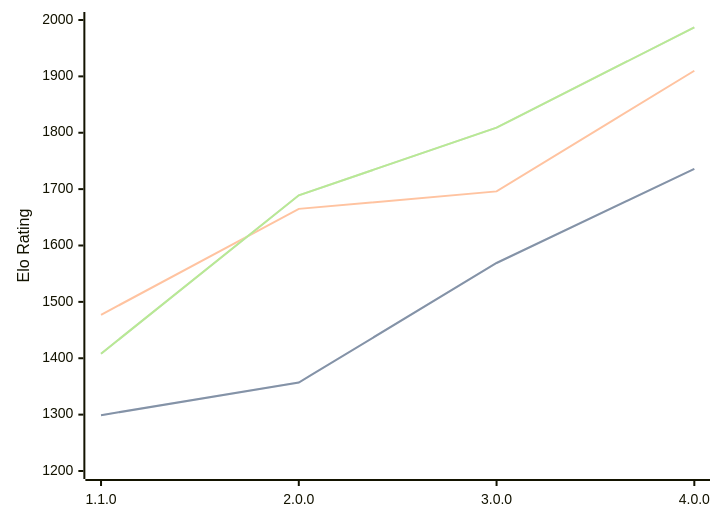
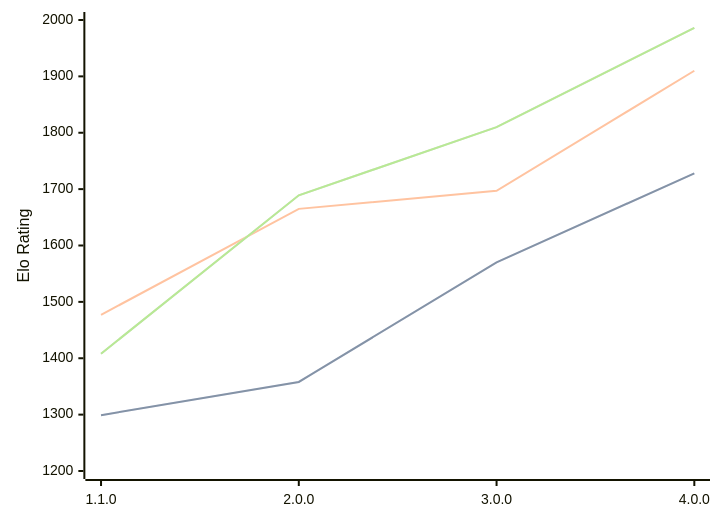
The diagram in engines/Laura.md (computer-chess-index/cci), drawn with Mermaid before and after one commit. The commit also changed other lines of this file, not shown here.

Commit message:
Update CCI Ratings (ELO VLTC) - 2026-08-26

````diff
--- a/engines/Laura.md
+++ b/engines/Laura.md
@@ -34,11 +34,11 @@
 ```mermaid
 %%{init: {"theme":"base","themeVariables":{"seriesColors:['#a3a3a3','#222221','#faa371']}}}%%
 xychart-beta
   x-axis ["1.1.0", "2.0.0", "3.0.0", "4.0.0"]
   y-axis "Elo Rating" 1200 --> 2000
-  line "STC (8.0+0.08s)" [1299, 1357, 1569, 1736]
-  line "STC (8.0+0.08s)" [1299, 1357, 1569, 1736]
-  line "LTC (60.0+0.60s)" [1477, 1665, 1696, 1910]
-  line "VLTC (2m24s+1.12s)" [1408, 1689, 1809, 1987]
-  line "VLTC (2m24s+1.12s)" [1408, 1689, 1809, 1987]
+  line "STC (8.0+0.08s)" [1299, 1358, 1570, 1728]
+  line "STC (8.0+0.08s)" [1299, 1358, 1570, 1728]
+  line "LTC (60.0+0.60s)" [1477, 1665, 1697, 1910]
+  line "VLTC (2m24s+1.12s)" [1408, 1689, 1810, 1986]
+  line "VLTC (2m24s+1.12s)" [1408, 1689, 1810, 1986]
 ```
````
